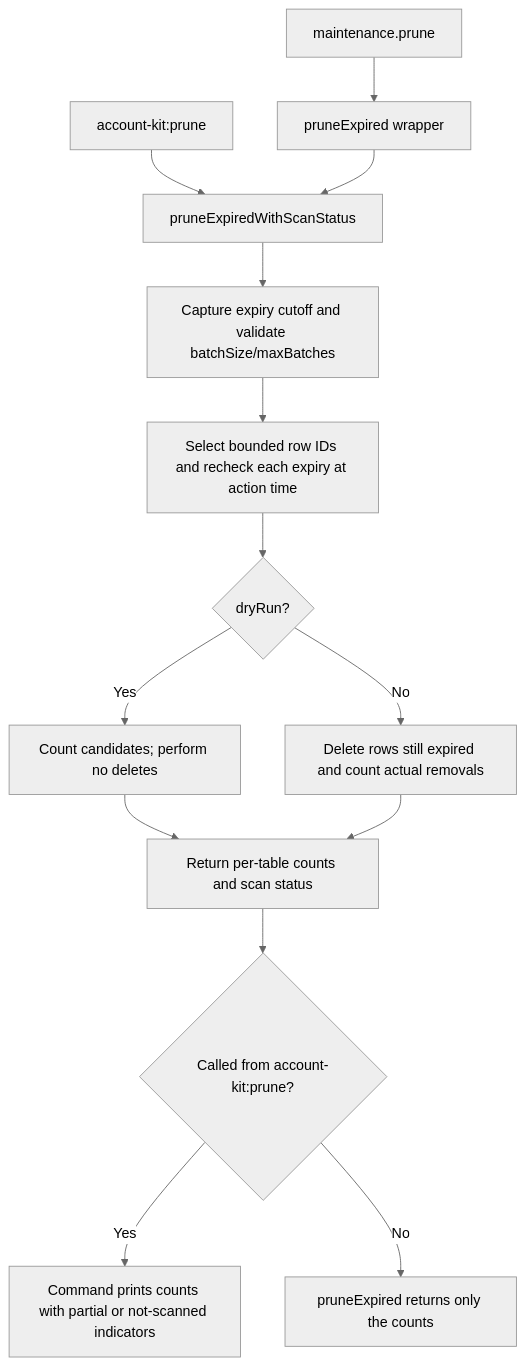
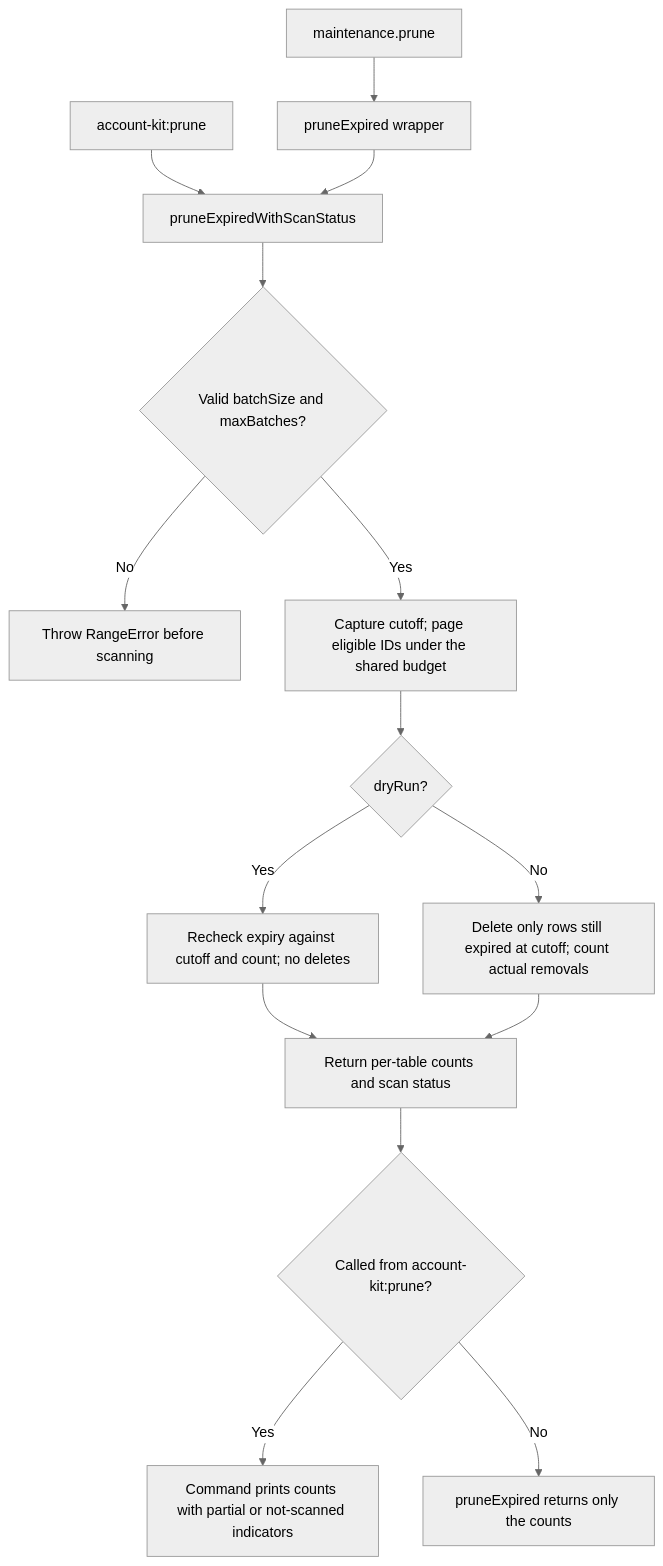
The second of 2 diagrams in user-stories/US-ACCOUNT-33-prune-expired-records.md (Kevinjohn/oss-adonisjs-account-kit), drawn with Mermaid (neutral theme) before and after one commit. The commit also changed other lines of this file and 70 other files, not shown here.

````diff
--- a/user-stories/US-ACCOUNT-33-prune-expired-records.md
+++ b/user-stories/US-ACCOUNT-33-prune-expired-records.md
@@ -34,16 +34,17 @@
 ```mermaid
 flowchart TD
  A["account-kit:prune"] --> S["pruneExpiredWithScanStatus"]
  M["maintenance.prune"] --> W["pruneExpired wrapper"]
  W --> S
- S --> B["Capture expiry cutoff and validate batchSize/maxBatches"]
- B --> C["Select bounded row IDs and recheck each expiry at action time"]
+ S --> B{"Valid batchSize and maxBatches?"}
+ B -->|No| X["Throw RangeError before scanning"]
+ B -->|Yes| C["Capture cutoff; page eligible IDs under the shared budget"]
  C --> D{"dryRun?"}
- D -->|Yes| E["Count candidates; perform no deletes"]
- D -->|No| F["Delete rows still expired and count actual removals"]
+ D -->|Yes| E["Recheck expiry against cutoff and count; no deletes"]
+ D -->|No| F["Delete only rows still expired at cutoff; count actual removals"]
  E --> G["Return per-table counts and scan status"]
  F --> G
  G --> H{"Called from account-kit:prune?"}
  H -->|Yes| I["Command prints counts with partial or not-scanned indicators"]
  H -->|No| J["pruneExpired returns only the counts"]
 ```
````
